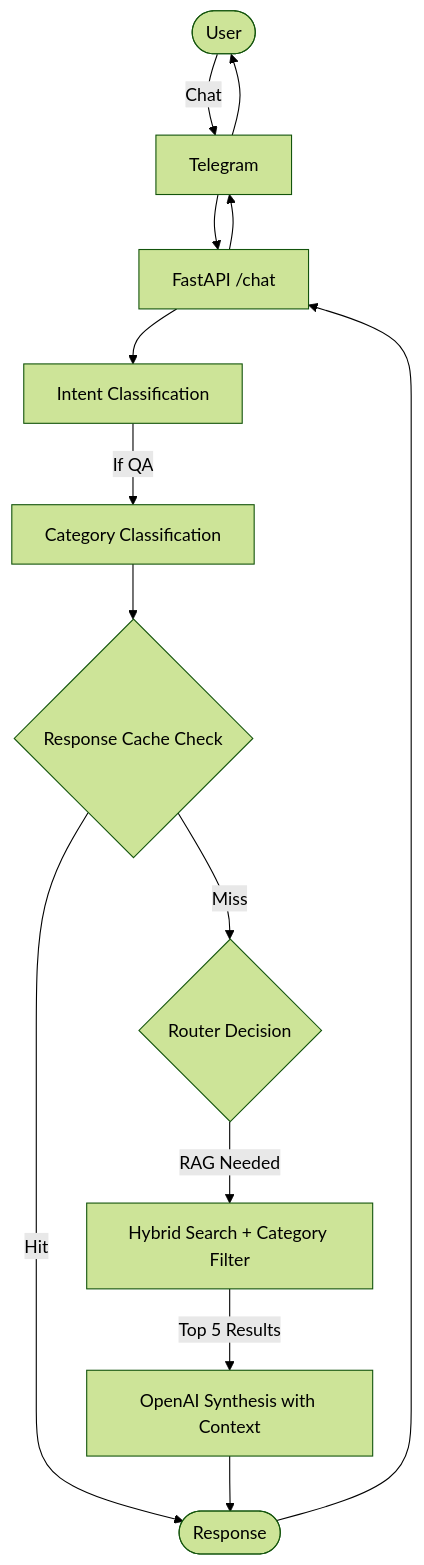
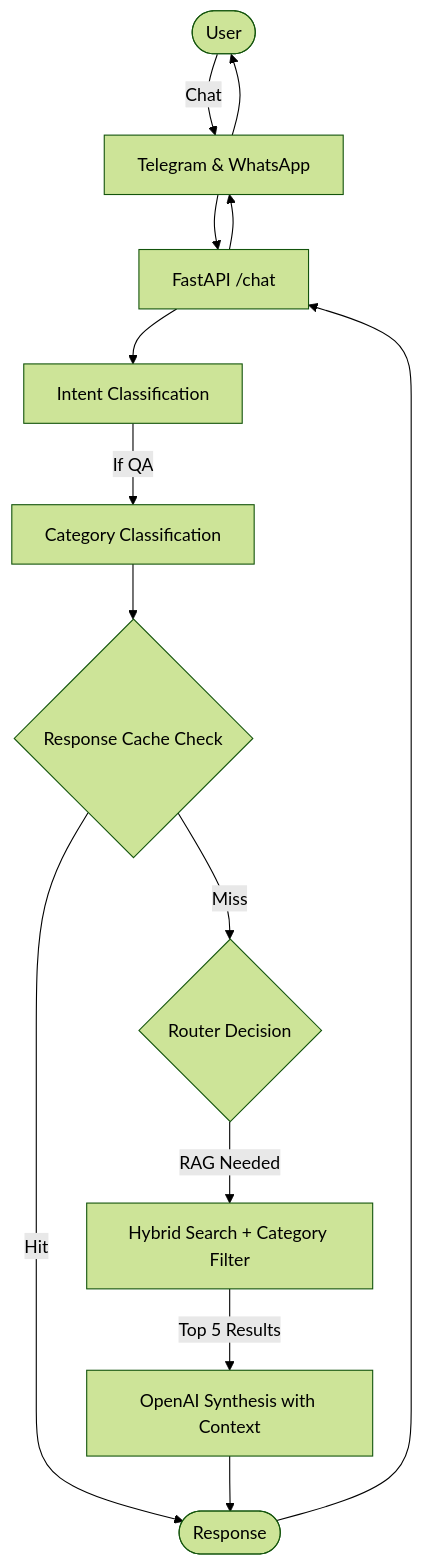
One commit to jooaobrum/habitantes-grenoble-agent changed the second of 5 diagrams in docs/ARCHITECTURE.md. Above: the diagram before and after it, drawn with Mermaid (forest theme). The commit also changed other lines of this file and 21 other files, not shown here.

First line of the commit message:
feat(whatsapp): add DM-only WhatsApp (Baileys) channel

````diff
--- a/docs/ARCHITECTURE.md
+++ b/docs/ARCHITECTURE.md
@@ -52,19 +52,19 @@
 ```mermaid
 flowchart TD
-    User([User]) -->|Chat| TG[Telegram]
+    User([User]) -->|Chat| TG[Telegram & WhatsApp]
     TG --> API[FastAPI /chat]
     API --> Intent[Intent Classification]
 
     Intent -->|If QA| Cat[Category Classification]
     Cat --> Cache{Response Cache Check}
     Cache -->|Hit| Resp([Response])
     Cache -->|Miss| Router{Router Decision}
 
     Router -->|RAG Needed| Search[Hybrid Search + Category Filter]
     Search -->|Top 5 Results| Synth[OpenAI Synthesis with Context]
     Synth --> Resp
 
     Resp --> API
     API --> TG
     TG --> User
 ```
````
